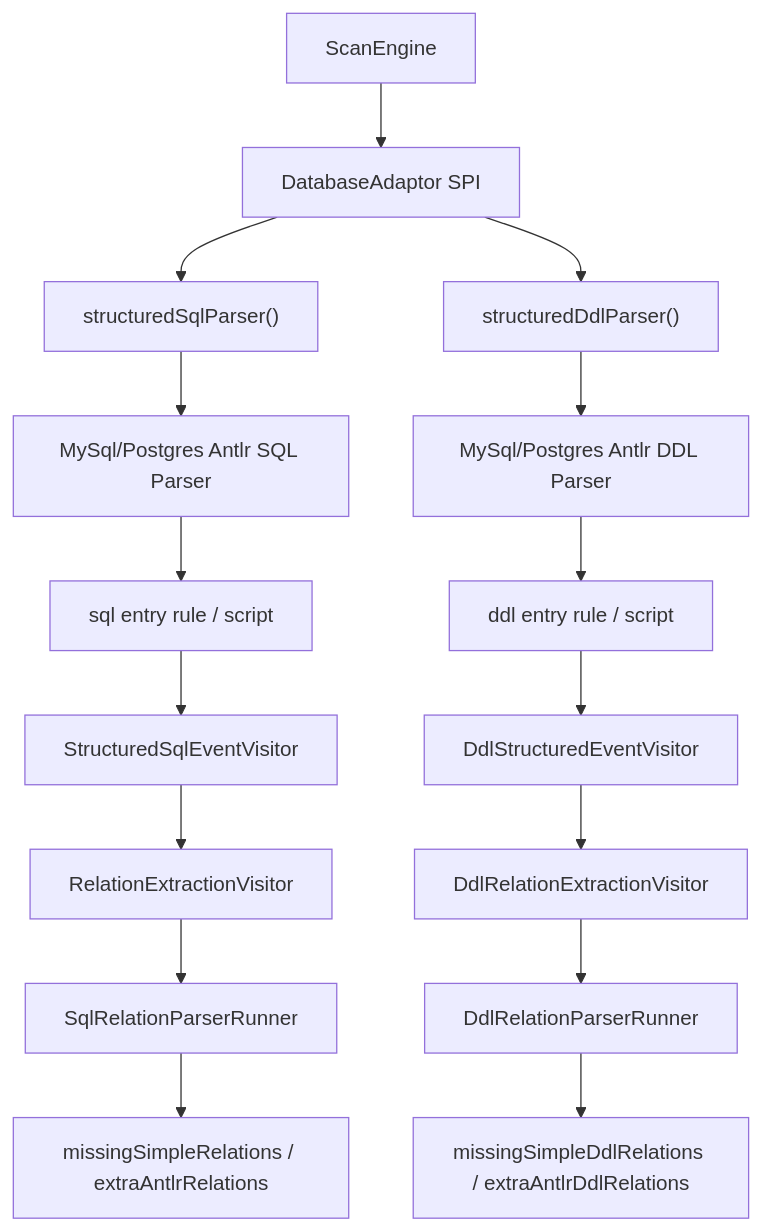
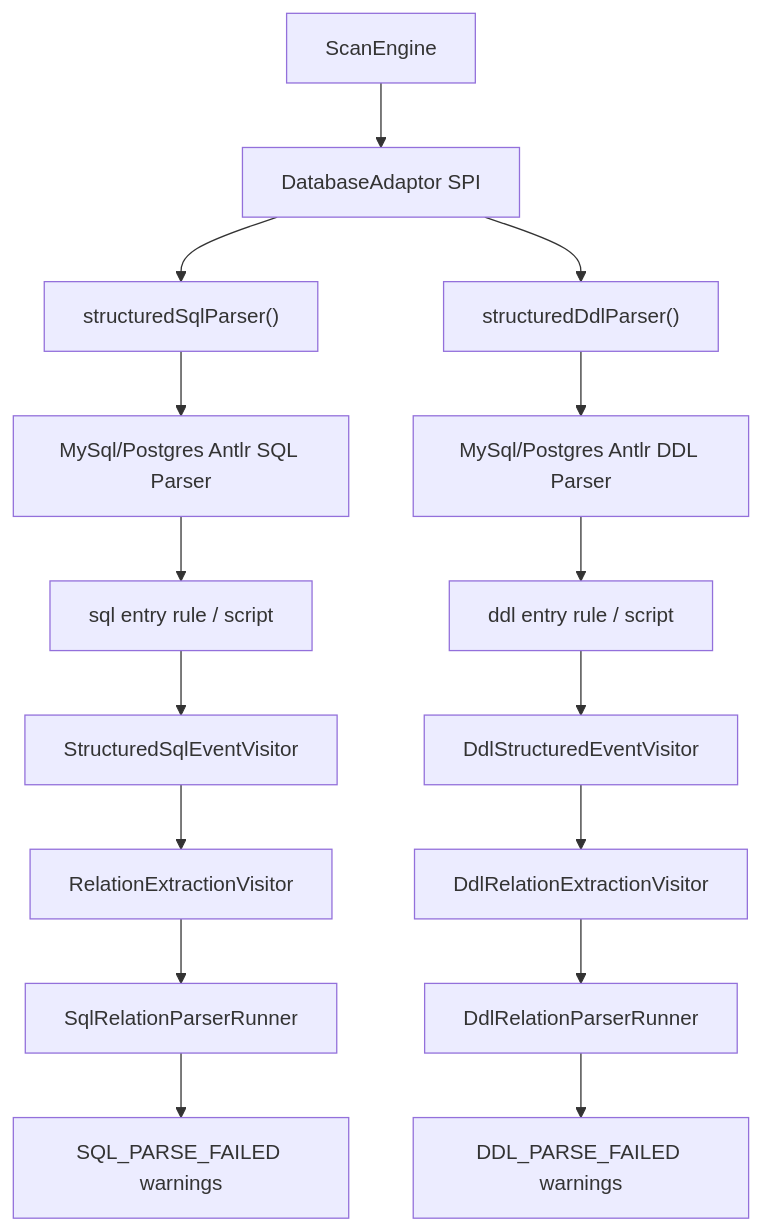
Before and after one commit to xiaoguang/relation-detector: the diagram in docs/design/phase-06-parser-enhancement.md, drawn with Mermaid. The commit also changed other lines of this file and 250 other files, not shown here.

````diff
--- a/docs/design/phase-06-parser-enhancement.md
+++ b/docs/design/phase-06-parser-enhancement.md
@@ -169,35 +179,35 @@
 ```mermaid
 flowchart TD
   scan["ScanEngine"]
   adaptor["DatabaseAdaptor SPI"]
   sqlSpi["structuredSqlParser()"]
   ddlSpi["structuredDdlParser()"]
   sqlParser["MySql/Postgres Antlr SQL Parser"]
   ddlParser["MySql/Postgres Antlr DDL Parser"]
   sqlEntry["sql entry rule / script"]
   ddlEntry["ddl entry rule / script"]
   sqlEvents["StructuredSqlEventVisitor"]
   ddlEvents["DdlStructuredEventVisitor"]
   sqlRelations["RelationExtractionVisitor"]
   ddlRelations["DdlRelationExtractionVisitor"]
   sqlRunner["SqlRelationParserRunner"]
   ddlRunner["DdlRelationParserRunner"]
-  sqlDiag["missingSimpleRelations / extraAntlrRelations"]
-  ddlDiag["missingSimpleDdlRelations / extraAntlrDdlRelations"]
+  sqlDiag["SQL_PARSE_FAILED warnings"]
+  ddlDiag["DDL_PARSE_FAILED warnings"]
 
   scan --> adaptor
   adaptor --> sqlSpi
   adaptor --> ddlSpi
   sqlSpi --> sqlParser
   ddlSpi --> ddlParser
   sqlParser --> sqlEntry
   ddlParser --> ddlEntry
   sqlEntry --> sqlEvents
   ddlEntry --> ddlEvents
   sqlEvents --> sqlRelations
   ddlEvents --> ddlRelations
   sqlRelations --> sqlRunner
   ddlRelations --> ddlRunner
   sqlRunner --> sqlDiag
   ddlRunner --> ddlDiag
 ```
````
